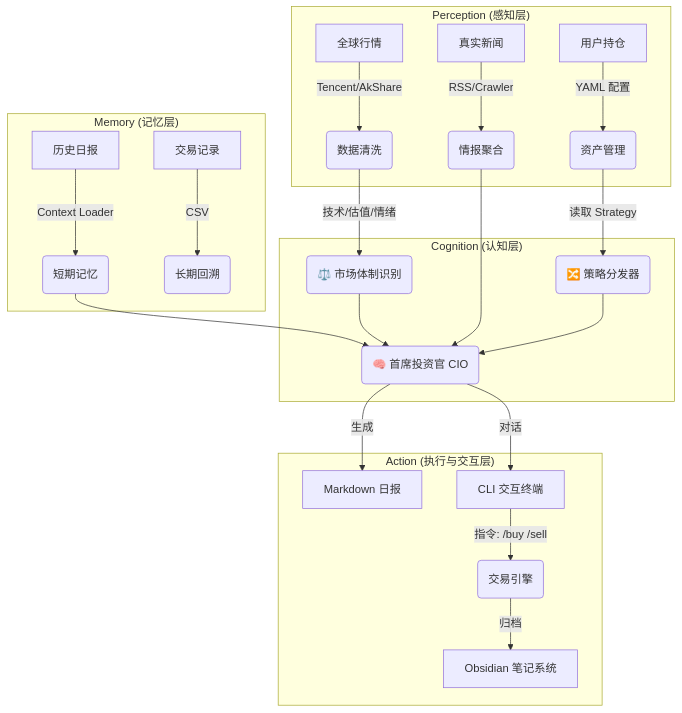
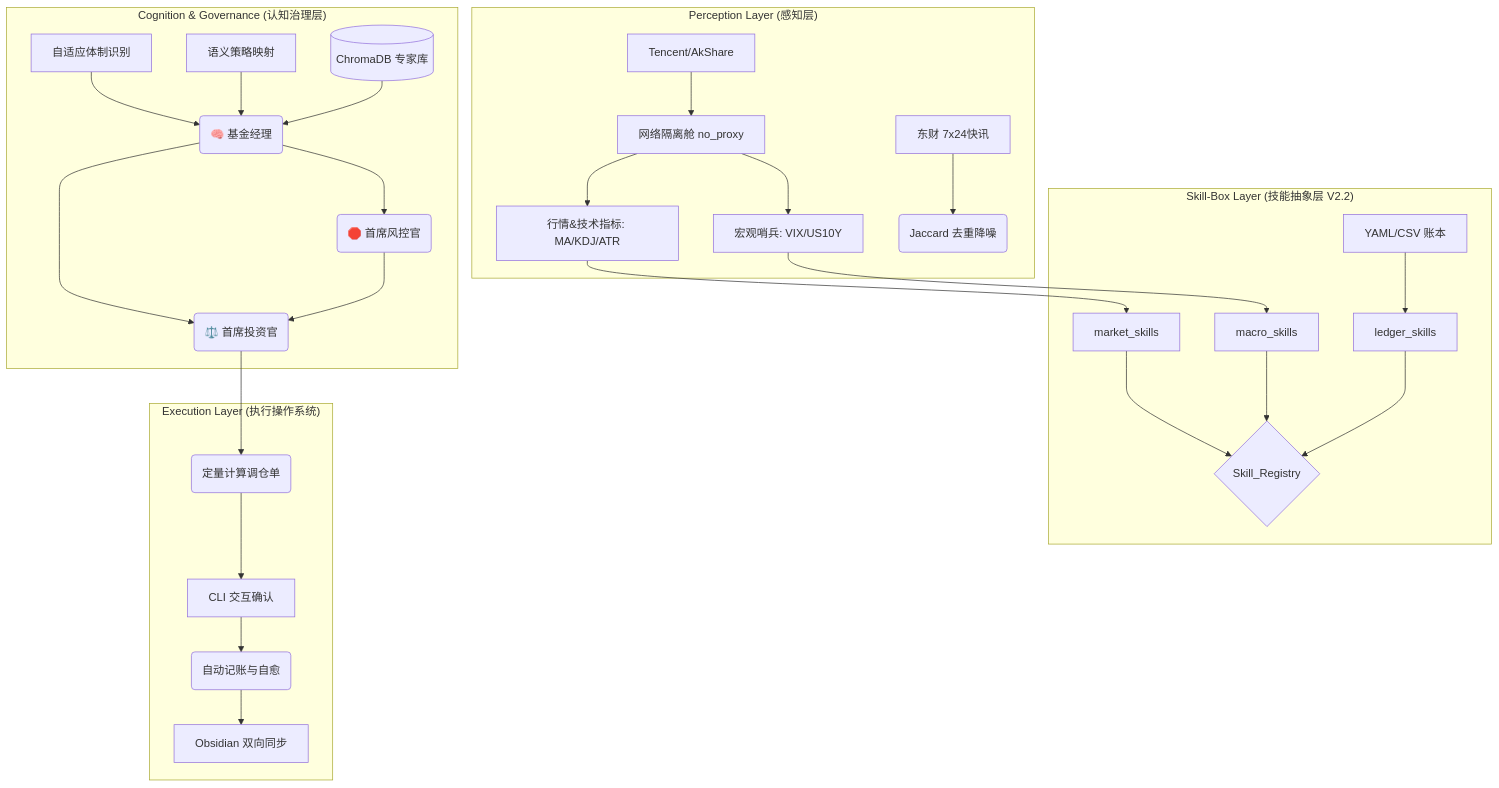
One commit to BillyDu-TJ/Agent-Investment-OS changed the diagram in README.md. Above: the diagram before and after it, drawn with Mermaid. The commit also changed other lines of this file and 2 other files, not shown here.

````diff
--- a/README.md
+++ b/README.md
@@ -13,30 +89,31 @@
 ```mermaid
 graph TD
-    subgraph "Perception (感知层)"
-        Market[全球行情] -->|Tencent/AkShare| DataPipe(数据清洗)
-        News[真实新闻] -->|RSS/Crawler| InfoHub(情报聚合)
-        Portfolio[用户持仓] -->|YAML 配置| AssetMgr(资产管理)
+    subgraph "Perception Layer (感知层)"
+        API[Tencent/AkShare] --> Net[网络隔离舱 no_proxy]
+        Net --> Market[行情&技术指标: MA/KDJ/ATR]
+        Net --> Sentinel[宏观哨兵: VIX/US10Y]
+        News[东财 7x24快讯] --> NewsHub(Jaccard 去重降噪)
     end
 
-    subgraph "Memory (记忆层)"
-        History[历史日报] -->|Context Loader| ShortTermMem(短期记忆)
-        TradeLog[交易记录] -->|CSV| LongTermMem(长期回溯)
+    subgraph "Skill-Box Layer (技能抽象层 V2.2)"
+        Market --> MSkills[market_skills]
+        Sentinel --> MacSkills[macro_skills]
+        Ledger[YAML/CSV 账本] --> LSkills[ledger_skills]
+        MSkills & MacSkills & LSkills --> Registry{Skill_Registry}
     end
 
-    subgraph "Cognition (认知层)"
-        DataPipe -->|技术/估值/情绪| RegimeDetector(⚖️ 市场体制识别)
-        AssetMgr -->|读取 Strategy| StrategyRouter(🔀 策略分发器)
-        
-        RegimeDetector --> Brain(🧠 首席投资官 CIO)
-        StrategyRouter --> Brain
-        ShortTermMem --> Brain
-        InfoHub --> Brain
+    subgraph "Cognition & Governance (认知治理层)"
+        Regime[自适应体制识别] --> Advisor(🧠 基金经理)
+        Strategy[语义策略映射] --> Advisor
+        RAG[(ChromaDB 专家库)] --> Advisor
+        Advisor --> RiskOfficer(🛑 首席风控官)
+        Advisor & RiskOfficer --> CIO(⚖️ 首席投资官)
     end
 
-    subgraph "Action (执行与交互层)"
-        Brain -->|生成| Report[Markdown 日报]
-        Brain -->|对话| Chat[CLI 交互终端]
-        Chat -->|指令: /buy /sell| Transaction(交易引擎)
-        Transaction -->|归档| Obsidian[Obsidian 笔记系统]
+    subgraph "Execution Layer (执行操作系统)"
+        CIO --> Rebalancer(定量计算调仓单)
+        Rebalancer --> CLI[CLI 交互确认]
+        CLI --> Transaction(自动记账与自愈)
+        Transaction --> Obsidian[Obsidian 双向同步]
     end
 ```
````
